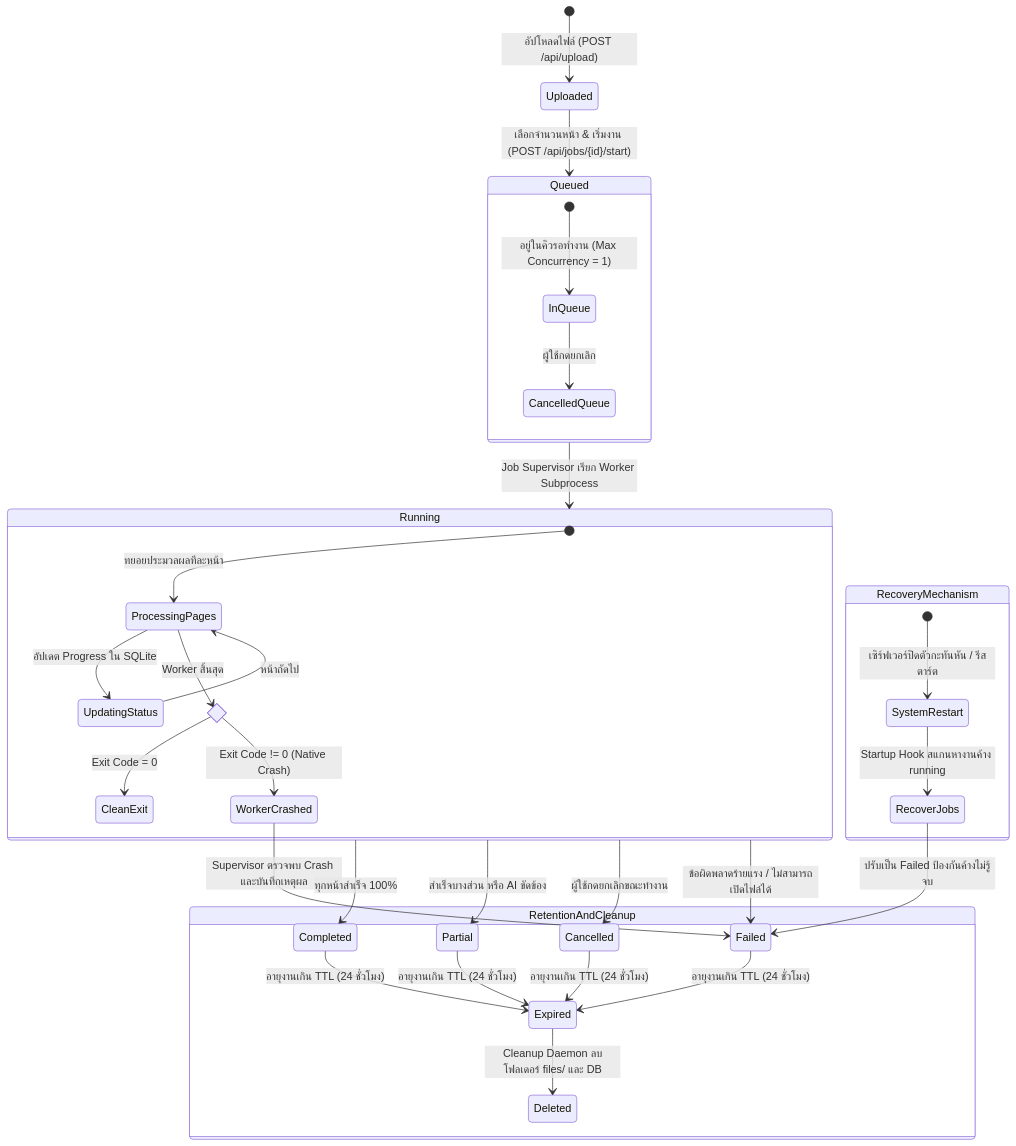
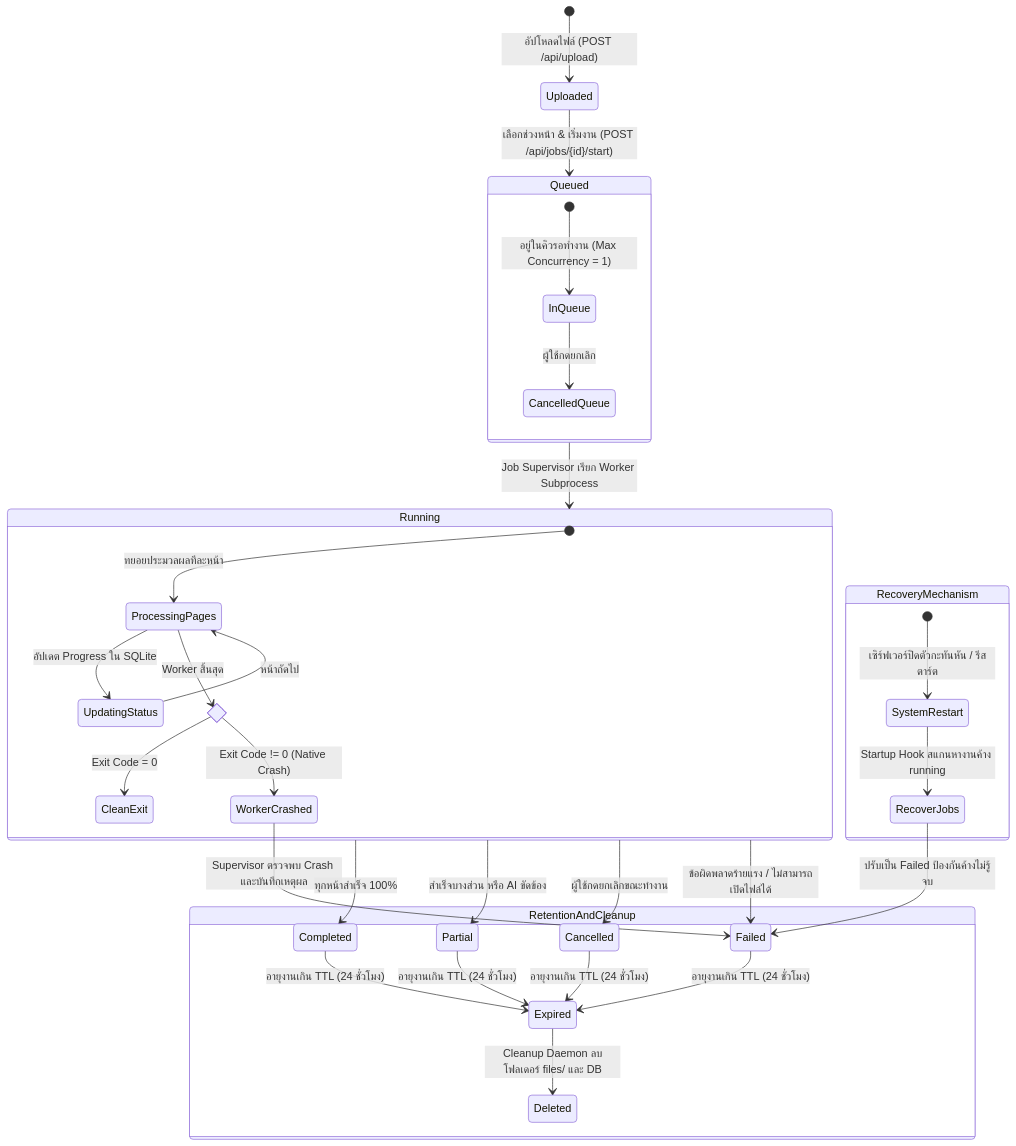
Before and after one commit to anuwatm/pdf-ocr-studio: the fourth of 5 diagrams in readme.md, drawn with Mermaid. The commit also changed other lines of this file and 9 other files, not shown here.

````diff
--- a/readme.md
+++ b/readme.md
@@ -206,44 +234,44 @@
 ```mermaid
 stateDiagram-v2
     [*] --> Uploaded: อัปโหลดไฟล์ (POST /api/upload)
-    Uploaded --> Queued: เลือกจำนวนหน้า & เริ่มงาน (POST /api/jobs/{id}/start)
+    Uploaded --> Queued: เลือกช่วงหน้า & เริ่มงาน (POST /api/jobs/{id}/start)
     
     state Queued {
         [*] --> InQueue: อยู่ในคิวรอทำงาน (Max Concurrency = 1)
         InQueue --> CancelledQueue: ผู้ใช้กดยกเลิก
     }
     
     Queued --> Running: Job Supervisor เรียก Worker Subprocess
     
     state Running {
         [*] --> ProcessingPages: ทยอยประมวลผลทีละหน้า
         ProcessingPages --> UpdatingStatus: อัปเดต Progress ใน SQLite
         UpdatingStatus --> ProcessingPages: หน้าถัดไป
         
         state CrashDetection <<choice>>
         ProcessingPages --> CrashDetection: Worker สิ้นสุด
         CrashDetection --> CleanExit: Exit Code = 0
         CrashDetection --> WorkerCrashed: Exit Code != 0 (Native Crash)
     }
     
     Running --> Completed: ทุกหน้าสำเร็จ 100%
     Running --> Partial: สำเร็จบางส่วน หรือ AI ขัดข้อง
     Running --> Cancelled: ผู้ใช้กดยกเลิกขณะทำงาน
     Running --> Failed: ข้อผิดพลาดร้ายแรง / ไม่สามารถเปิดไฟล์ได้
     
     WorkerCrashed --> Failed: Supervisor ตรวจพบ Crash และบันทึกเหตุผล
     
     state RecoveryMechanism {
         [*] --> SystemRestart: เซิร์ฟเวอร์ปิดตัวกะทันหัน / รีสตาร์ต
         SystemRestart --> RecoverJobs: Startup Hook สแกนหางานค้าง running
         RecoverJobs --> Failed: ปรับเป็น Failed ป้องกันค้างไม่รู้จบ
     }
     
     state RetentionAndCleanup {
         Completed --> Expired: อายุงานเกิน TTL (24 ชั่วโมง)
         Partial --> Expired: อายุงานเกิน TTL (24 ชั่วโมง)
         Failed --> Expired: อายุงานเกิน TTL (24 ชั่วโมง)
         Cancelled --> Expired: อายุงานเกิน TTL (24 ชั่วโมง)
         Expired --> Deleted: Cleanup Daemon ลบโฟลเดอร์ files/ และ DB
     }
 ```
````
